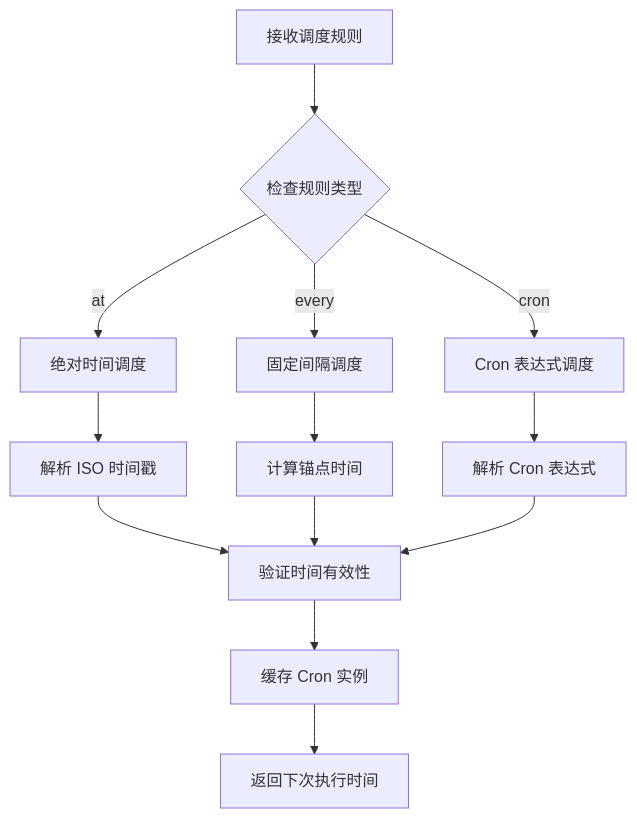
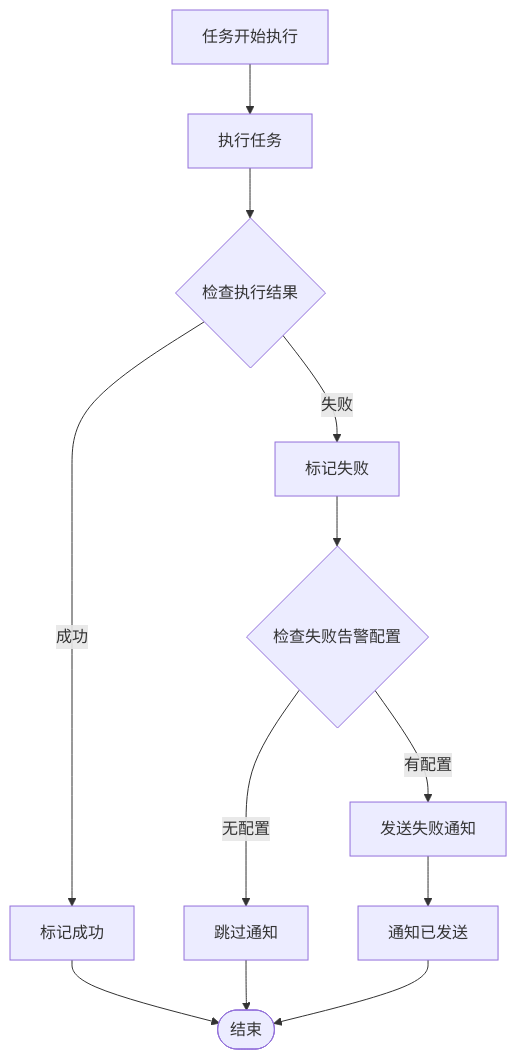
Before and after one commit to verse-ai-org/openclaw: the sixth of 10 diagrams in .qoder/repowiki/zh/content/Web界面/定时任务管理系统.md, drawn with Mermaid. The commit also changed other lines of this file and 89 other files, not shown here.

````diff
--- a/.qoder/repowiki/zh/content/Web界面/定时任务管理系统.md
+++ b/.qoder/repowiki/zh/content/Web界面/定时任务管理系统.md
@@ -157,15 +306,14 @@
 ```mermaid
 flowchart TD
-A[接收调度规则] --> B{检查规则类型}
-B --> |at| C[绝对时间调度]
-B --> |every| D[固定间隔调度]
-B --> |cron| E[Cron 表达式调度]
-C --> F[解析 ISO 时间戳]
-D --> G[计算锚点时间]
-E --> H[解析 Cron 表达式]
-F --> I[验证时间有效性]
-G --> I
-H --> I
-I --> J[缓存 Cron 实例]
-J --> K[返回下次执行时间]
+TaskStart[任务开始执行] --> ExecuteTask[执行任务]
+ExecuteTask --> CheckResult{检查执行结果}
+CheckResult --> |成功| SuccessPath[标记成功]
+CheckResult --> |失败| FailurePath[标记失败]
+SuccessPath --> End([结束])
+FailurePath --> CheckFailureAlert{检查失败告警配置}
+CheckFailureAlert --> |有配置| SendAlert[发送失败通知]
+CheckFailureAlert --> |无配置| SkipAlert[跳过通知]
+SendAlert --> AlertSent[通知已发送]
+SkipAlert --> End
+AlertSent --> End
 ```
````
